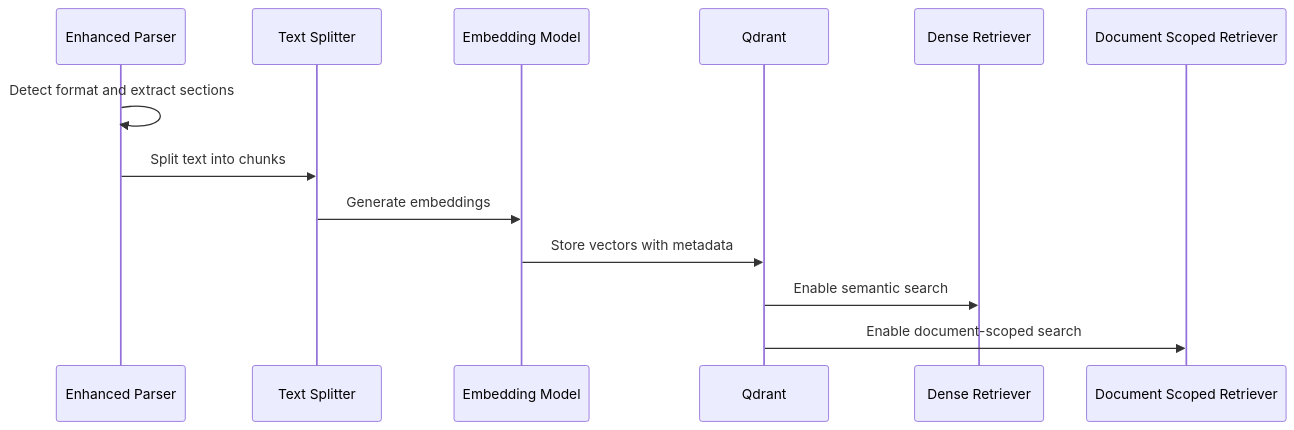
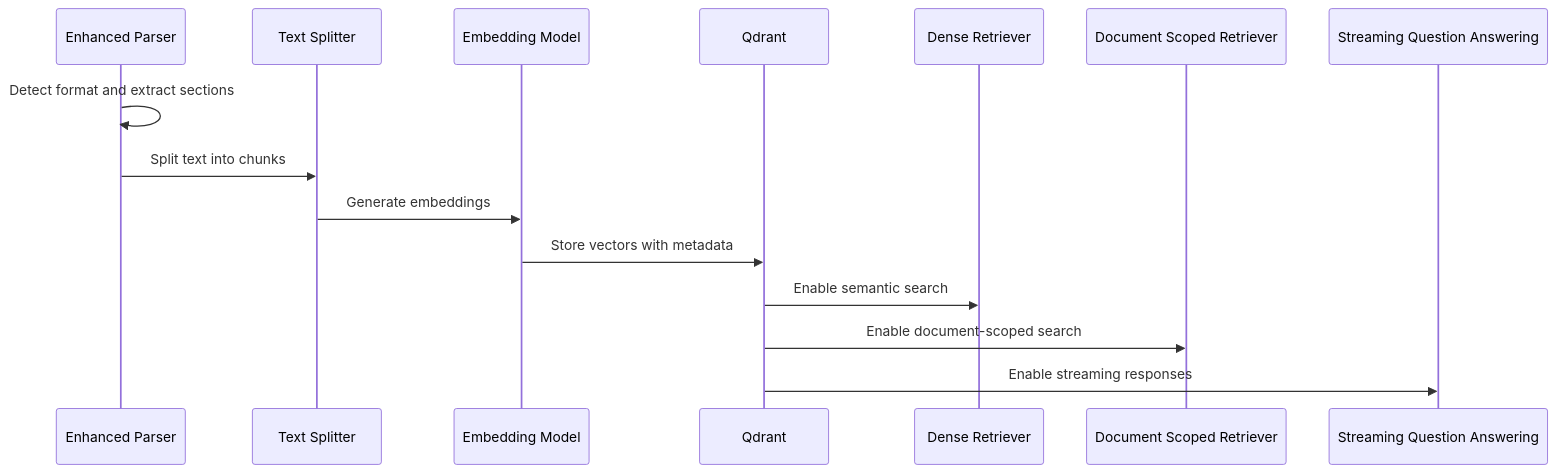
Before and after one commit to ognelis/cafetera_hr_bot: diagram 16 of 25 in .qoder/repowiki/en/content/Document Management System.md, drawn with Mermaid. The commit also changed other lines of this file and 5 other files, not shown here.

````diff
--- a/.qoder/repowiki/en/content/Document Management System.md
+++ b/.qoder/repowiki/en/content/Document Management System.md
@@ -1245,15 +1329,17 @@
 ```mermaid
 sequenceDiagram
 participant Parser as Enhanced Parser
 participant Splitter as Text Splitter
 participant Embedder as Embedding Model
 participant VectorDB as Qdrant
 participant Retriever as Dense Retriever
 participant DocScopedRetriever as Document Scoped Retriever
+participant StreamingQA as Streaming Question Answering
 Parser->>Parser : Detect format and extract sections
 Parser->>Splitter : Split text into chunks
 Splitter->>Embedder : Generate embeddings
 Embedder->>VectorDB : Store vectors with metadata
 VectorDB->>Retriever : Enable semantic search
 VectorDB->>DocScopedRetriever : Enable document-scoped search
+VectorDB->>StreamingQA : Enable streaming responses
 ```
````
